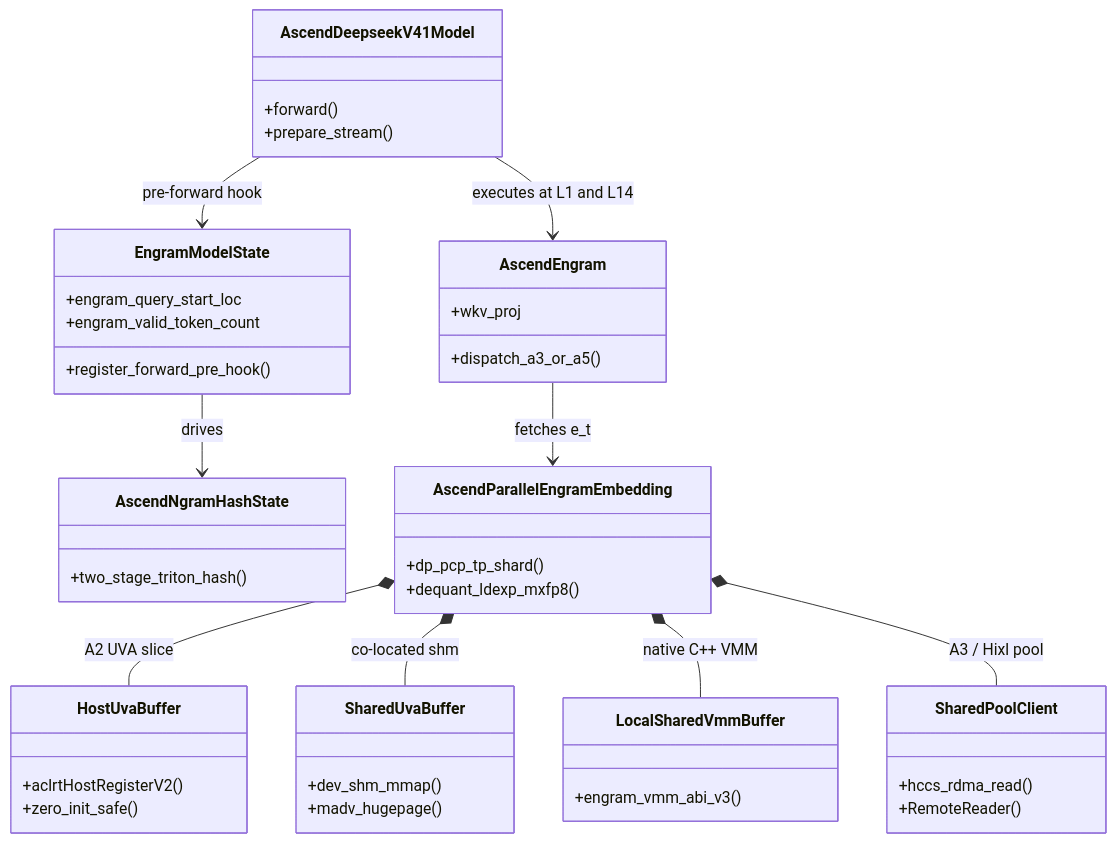
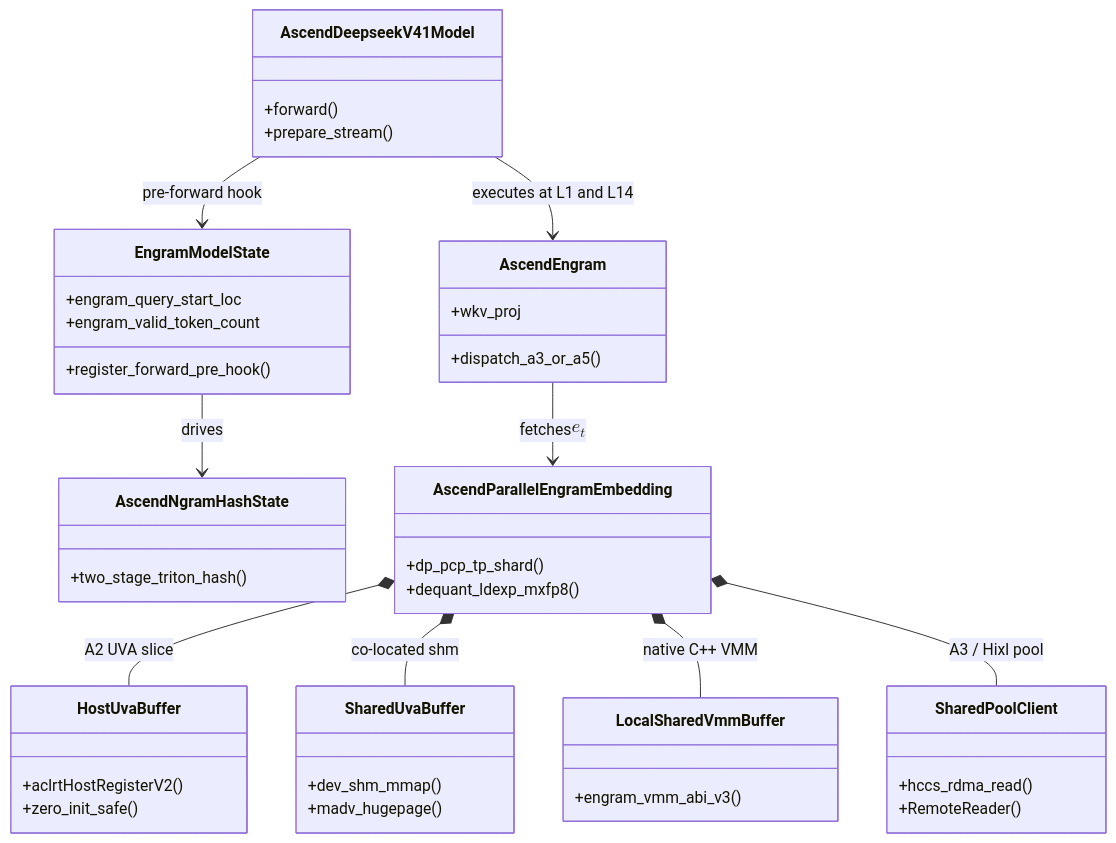
Before and after one commit to xingcanlee/infra-note: the third of 4 diagrams in src/content/posts/deepseek/07-engram/index.mdx, drawn with Mermaid. The commit also changed other lines of this file and 158 other files, not shown here.

Commit message:
feat: simplify diagrams to Pele + single-source drawio, refine layout and typography, and upgrade astro-wisp to 0.7.1

````diff
--- a/src/content/posts/deepseek/07-engram/index.mdx
+++ b/src/content/posts/deepseek/07-engram/index.mdx
@@ -454,47 +454,47 @@
 ```mermaid caption="图 14：vllm-ascend@b776261e 昇腾 Engram 核心类设计与四类存储后端"
 classDiagram
     class AscendDeepseekV41Model {
         +forward()
         +prepare_stream()
     }
     class EngramModelState {
         +register_forward_pre_hook()
         +engram_query_start_loc
         +engram_valid_token_count
     }
     class AscendNgramHashState {
         +two_stage_triton_hash()
     }
     class AscendParallelEngramEmbedding {
         +dp_pcp_tp_shard()
         +dequant_ldexp_mxfp8()
     }
     class HostUvaBuffer {
         +aclrtHostRegisterV2()
         +zero_init_safe()
     }
     class SharedUvaBuffer {
         +dev_shm_mmap()
         +madv_hugepage()
     }
     class LocalSharedVmmBuffer {
         +engram_vmm_abi_v3()
     }
     class SharedPoolClient {
         +hccs_rdma_read()
         +RemoteReader()
     }
     class AscendEngram {
         +wkv_proj
         +dispatch_a3_or_a5()
     }
 
     AscendDeepseekV41Model --> EngramModelState : pre-forward hook
     AscendDeepseekV41Model --> AscendEngram : executes at L1 and L14
     EngramModelState --> AscendNgramHashState : drives
-    AscendEngram --> AscendParallelEngramEmbedding : fetches e_t
+    AscendEngram --> AscendParallelEngramEmbedding : fetches $$e_t$$
     AscendParallelEngramEmbedding *-- HostUvaBuffer : A2 UVA slice
     AscendParallelEngramEmbedding *-- SharedUvaBuffer : co-located shm
     AscendParallelEngramEmbedding *-- LocalSharedVmmBuffer : native C++ VMM
     AscendParallelEngramEmbedding *-- SharedPoolClient : A3 / Hixl pool
 ```
````
